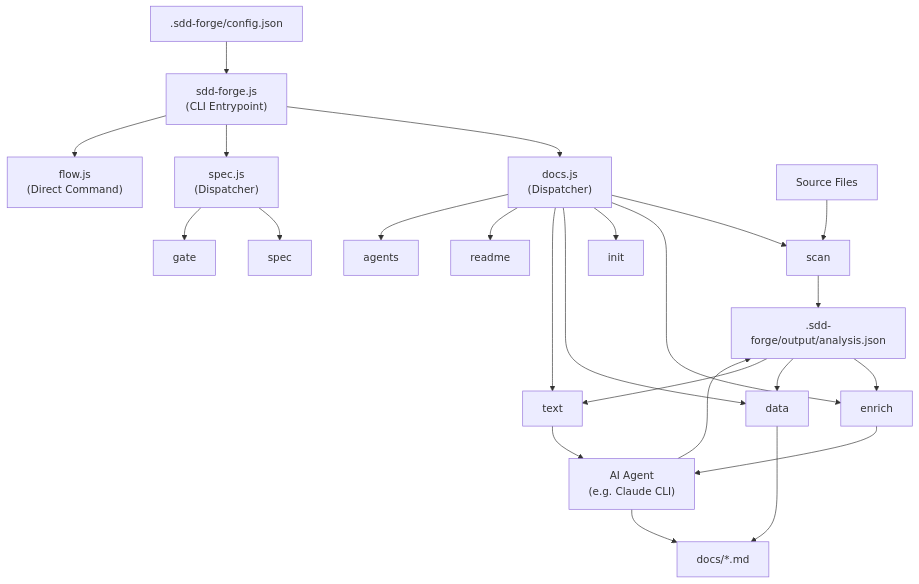
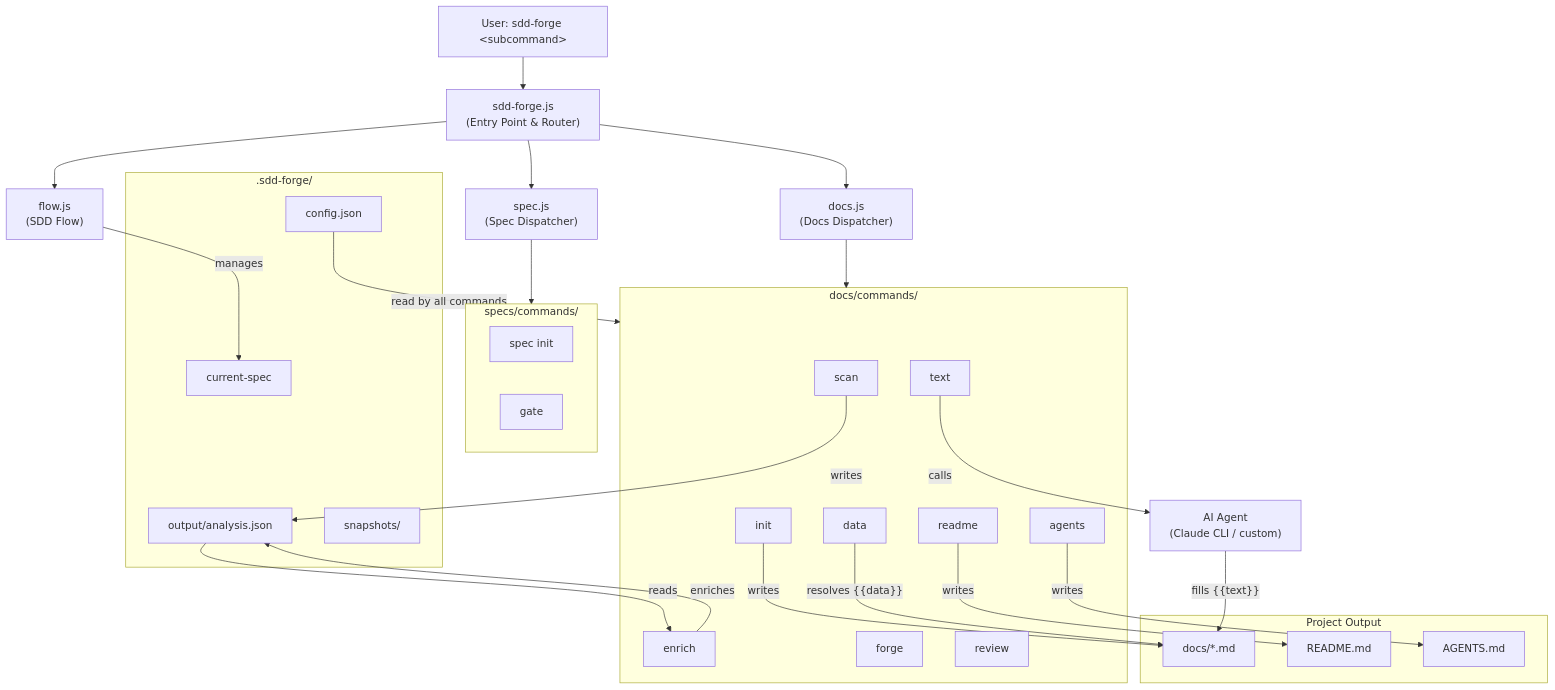
One commit to SpreadWorks/sdd-forge changed the diagram in docs/overview.md. Above: the diagram before and after it, drawn with Mermaid. The commit also changed other lines of this file and 12 other files, not shown here.

````diff
--- a/docs/overview.md
+++ b/docs/overview.md
@@ -16,51 +16,58 @@
 ```mermaid
 flowchart TD
-    CLI["sdd-forge.js\n(CLI Entrypoint)"]
-    DOCS_D["docs.js\n(Dispatcher)"]
-    SPEC_D["spec.js\n(Dispatcher)"]
-    FLOW_D["flow.js\n(Direct Command)"]
+    User["User: sdd-forge &lt;subcommand&gt;"]
+    Entry["sdd-forge.js\n(Entry Point &amp; Router)"]
+    Docs["docs.js\n(Docs Dispatcher)"]
+    Spec["spec.js\n(Spec Dispatcher)"]
+    Flow["flow.js\n(SDD Flow)"]
 
-    SCAN["scan"]
-    ENRICH["enrich"]
-    INIT["init"]
-    DATA["data"]
-    TEXT["text"]
-    README["readme"]
-    AGENTS["agents"]
-    GATE["gate"]
-    SPEC_CMD["spec"]
+    subgraph DocsCmds["docs/commands/"]
+        Scan["scan"]
+        Enrich["enrich"]
+        Init["init"]
+        Data["data"]
+        Text["text"]
+        Readme["readme"]
+        Agents["agents"]
+        Forge["forge"]
+        Review["review"]
+    end
 
-    AI["AI Agent\n(e.g. Claude CLI)"]
-    CONFIG[".sdd-forge/config.json"]
-    ANALYSIS[".sdd-forge/output/analysis.json"]
-    DOCS_DIR["docs/*.md"]
-    SRC["Source Files"]
+    subgraph SpecCmds["specs/commands/"]
+        SpecInit["spec init"]
+        Gate["gate"]
+    end
 
-    CLI --> DOCS_D
-    CLI --> SPEC_D
-    CLI --> FLOW_D
-    CONFIG --> CLI
+    subgraph Storage[".sdd-forge/"]
+        Config["config.json"]
+        Analysis["output/analysis.json"]
+        CurrentSpec["current-spec"]
+        Snapshots["snapshots/"]
+    end
 
-    DOCS_D --> SCAN
-    DOCS_D --> ENRICH
-    DOCS_D --> INIT
-    DOCS_D --> DATA
-    DOCS_D --> TEXT
-    DOCS_D --> README
-    DOCS_D --> AGENTS
+    subgraph Output["Project Output"]
+        DocsDir["docs/*.md"]
+        ReadmeMd["README.md"]
+        AgentsMd["AGENTS.md"]
+    end
 
-    SPEC_D --> SPEC_CMD
-    SPEC_D --> GATE
+    AI["AI Agent\n(Claude CLI / custom)"]
 
-    SRC --> SCAN
-    SCAN --> ANALYSIS
-    ANALYSIS --> ENRICH
-    ENRICH --> AI
-    AI --> ANALYSIS
-
-    ANALYSIS --> DATA
-    DATA --> DOCS_DIR
-    ANALYSIS --> TEXT
-    TEXT --> AI
-    AI --> DOCS_DIR
+    User --> Entry
+    Entry --> Docs
+    Entry --> Spec
+    Entry --> Flow
+    Docs --> DocsCmds
+    Spec --> SpecCmds
+    Scan -->|"writes"| Analysis
+    Analysis -->|"reads"| Enrich
+    Enrich -->|"enriches"| Analysis
+    Init -->|"writes"| DocsDir
+    Data -->|"resolves {{data}}"| DocsDir
+    Text -->|"calls"| AI
+    AI -->|"fills {{text}}"| DocsDir
+    Readme -->|"writes"| ReadmeMd
+    Agents -->|"writes"| AgentsMd
+    Config -->|"read by all commands"| DocsCmds
+    Flow -->|"manages"| CurrentSpec
 ```
````
